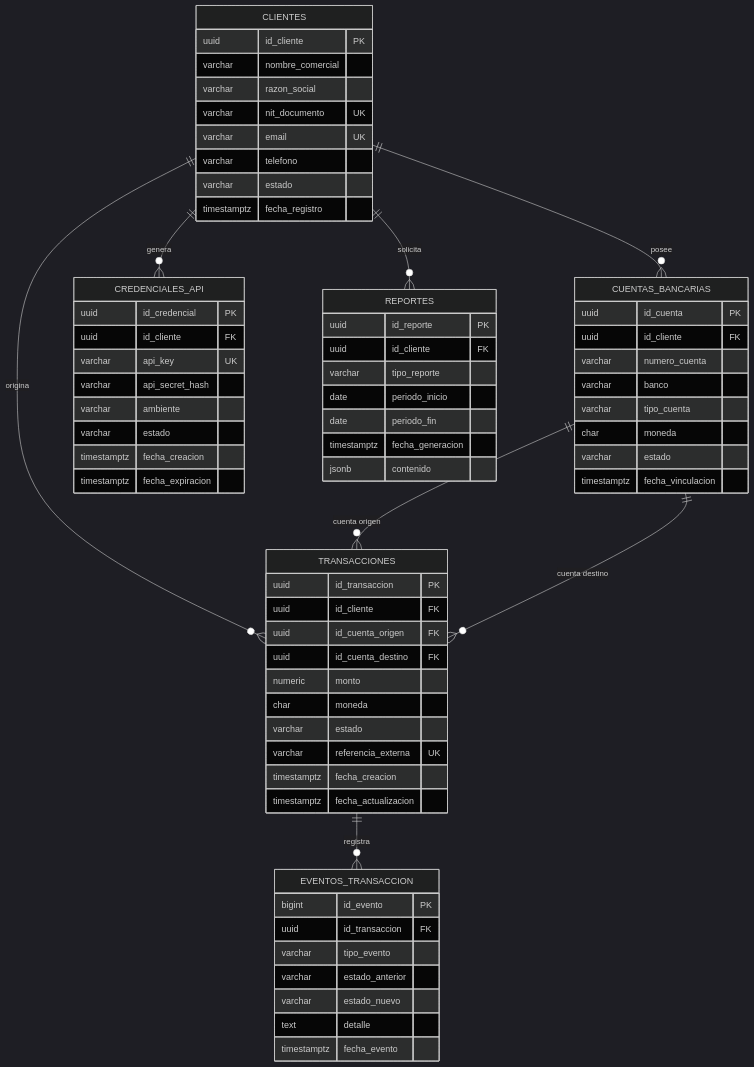
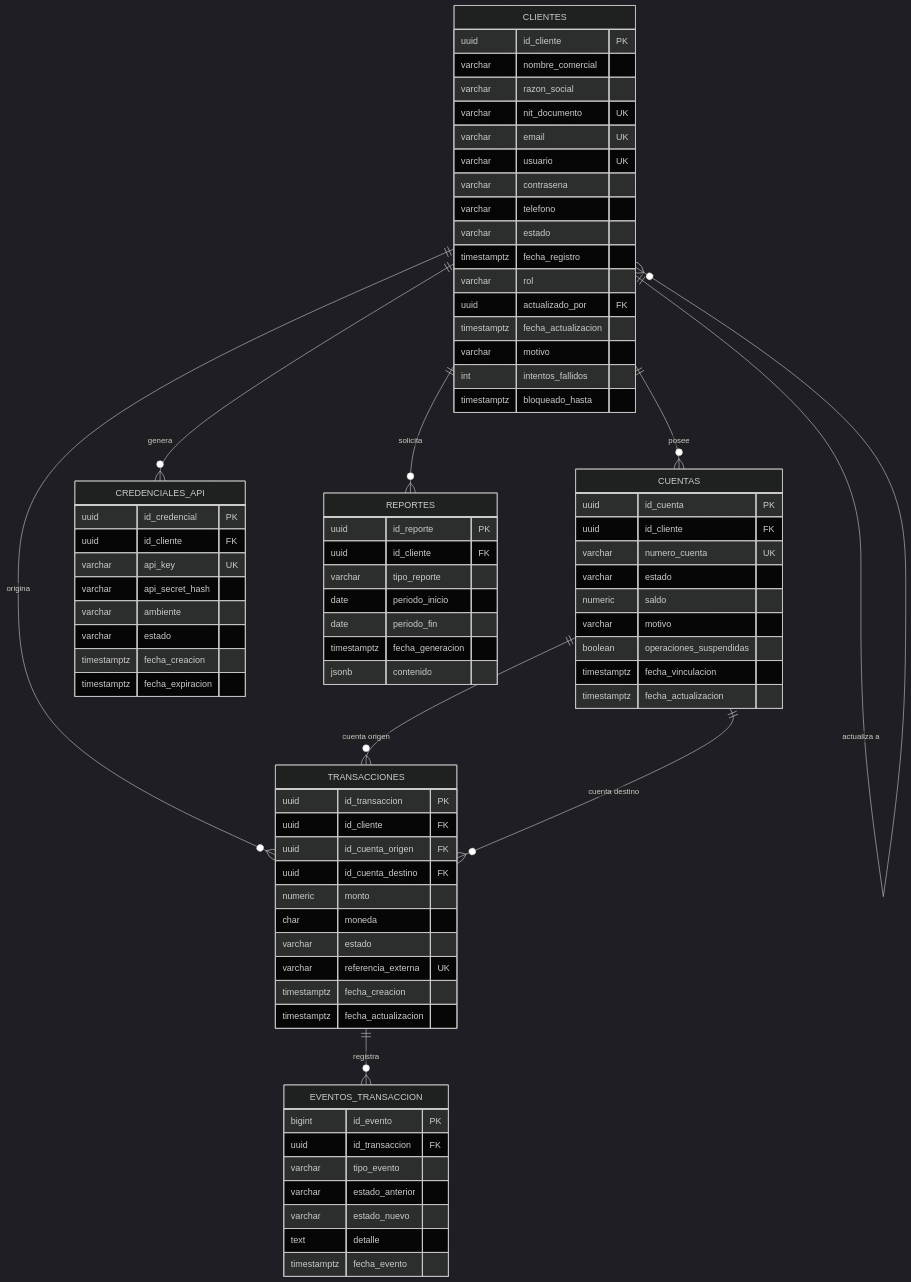
One commit to SangreNueva3d/BD-EAV08-2026-2 changed the first of 2 diagrams in README.md. Above: the diagram before and after it, drawn with Mermaid (dark theme). The commit also changed other lines of this file, not shown here.

````diff
--- a/README.md
+++ b/README.md
@@ -24,11 +57,12 @@
 ```mermaid
 erDiagram
-    CLIENTES ||--o{ CUENTAS_BANCARIAS : posee
+    CLIENTES ||--o{ CUENTAS : posee
+    CLIENTES ||--o{ CLIENTES : "actualiza a"
     CLIENTES ||--o{ CREDENCIALES_API : genera
     CLIENTES ||--o{ TRANSACCIONES : origina
     CLIENTES ||--o{ REPORTES : solicita
-    CUENTAS_BANCARIAS ||--o{ TRANSACCIONES : "cuenta origen"
-    CUENTAS_BANCARIAS ||--o{ TRANSACCIONES : "cuenta destino"
+    CUENTAS ||--o{ TRANSACCIONES : "cuenta origen"
+    CUENTAS ||--o{ TRANSACCIONES : "cuenta destino"
     TRANSACCIONES ||--o{ EVENTOS_TRANSACCION : registra
 
     CLIENTES {
@@ -37,20 +71,29 @@
         varchar razon_social
         varchar nit_documento UK
         varchar email UK
+        varchar usuario UK
+        varchar contrasena
         varchar telefono
         varchar estado
         timestamptz fecha_registro
+        varchar rol
+        uuid actualizado_por FK
+        timestamptz fecha_actualizacion
+        varchar motivo
+        int intentos_fallidos
+        timestamptz bloqueado_hasta
     }
 
-    CUENTAS_BANCARIAS {
+    CUENTAS {
         uuid id_cuenta PK
         uuid id_cliente FK
-        varchar numero_cuenta
-        varchar banco
-        varchar tipo_cuenta
-        char moneda
+        varchar numero_cuenta UK
         varchar estado
+        numeric saldo
+        varchar motivo
+        boolean operaciones_suspendidas
         timestamptz fecha_vinculacion
+        timestamptz fecha_actualizacion
     }
 
     CREDENCIALES_API {
````
